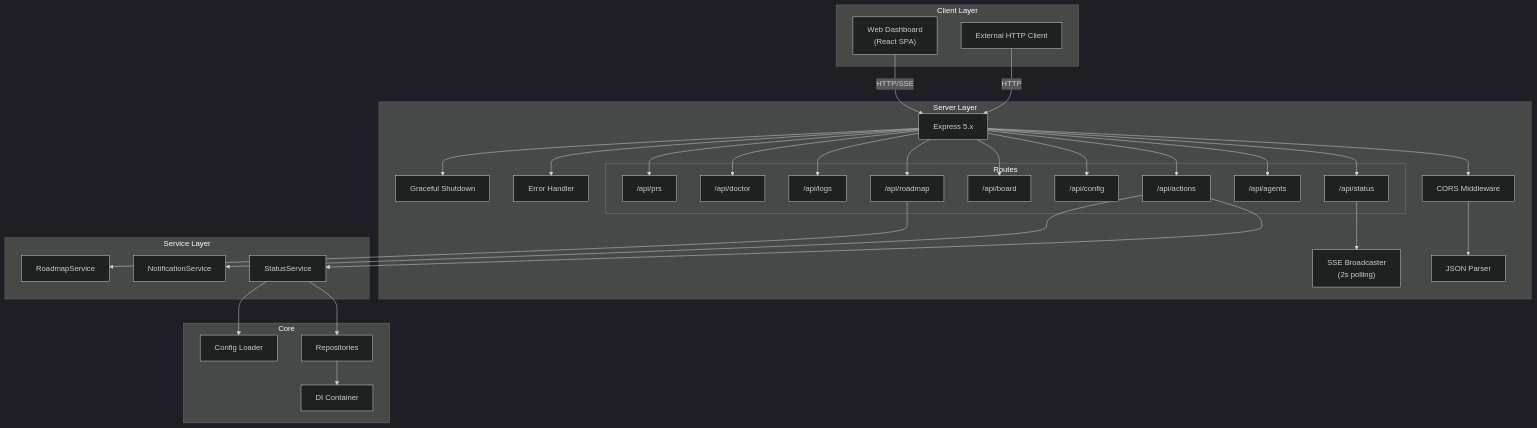
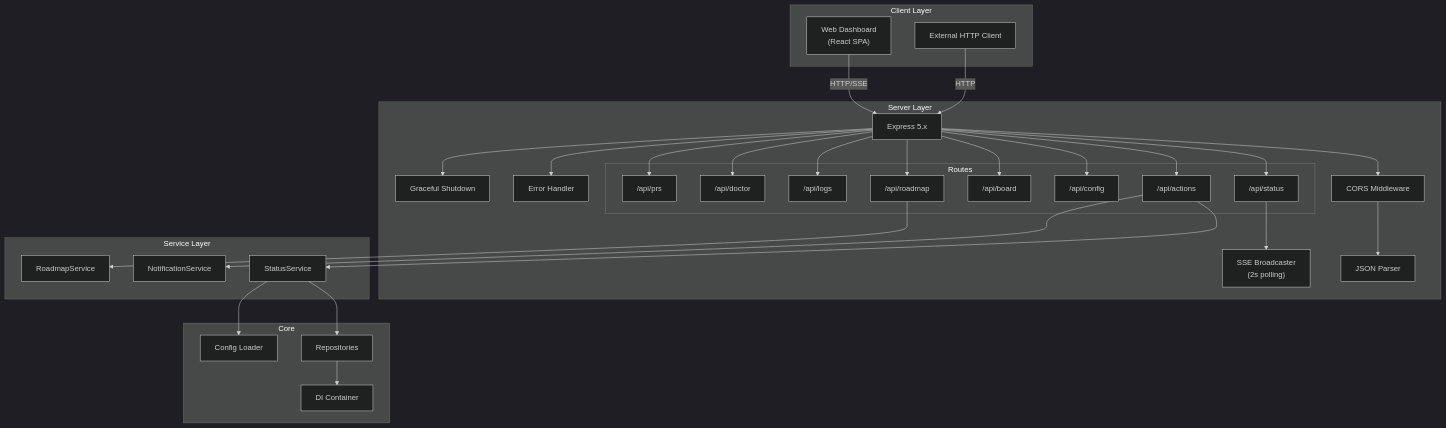
One commit to jonit-dev/night-watch-cli changed the first of 3 diagrams in docs/server-api.md. Above: the diagram before and after it, drawn with Mermaid (dark theme). The commit also changed other lines of this file and 10 other files, not shown here.

````diff
--- a/docs/server-api.md
+++ b/docs/server-api.md
@@ -11,55 +11,54 @@
 ```mermaid
 graph TB
     subgraph "Client Layer"
         WebUI["Web Dashboard<br/>(React SPA)"]
         ExtClient["External HTTP Client"]
     end
 
     subgraph "Server Layer"
         Express["Express 5.x"]
         CORS["CORS Middleware"]
         JSON["JSON Parser"]
         ErrH["Error Handler"]
         GS["Graceful Shutdown"]
 
         subgraph "Routes"
             Status["/api/status"]
-            Agents["/api/agents"]
             Actions["/api/actions"]
             Config["/api/config"]
             Board["/api/board"]
             Roadmap["/api/roadmap"]
             Logs["/api/logs"]
             Doctor["/api/doctor"]
             PRs["/api/prs"]
         end
 
         SSE["SSE Broadcaster<br/>(2s polling)"]
     end
 
     subgraph "Service Layer"
         StatusSvc["StatusService"]
         NotifSvc["NotificationService"]
         RoadmapSvc["RoadmapService"]
     end
 
     subgraph "Core"
         DI["DI Container"]
         Repos["Repositories"]
         ConfigLoader["Config Loader"]
     end
 
     WebUI -->|HTTP/SSE| Express
     ExtClient -->|HTTP| Express
     Express --> CORS --> JSON
-    Express --> Status & Agents & Actions & Config & Board & Roadmap & Logs & Doctor & PRs
+    Express --> Status & Actions & Config & Board & Roadmap & Logs & Doctor & PRs
     Express --> ErrH
     Express --> GS
     Status --> SSE
     Actions --> StatusSvc
     Actions --> NotifSvc
     Roadmap --> RoadmapSvc
     StatusSvc --> Repos
     StatusSvc --> ConfigLoader
     Repos --> DI
 ```
````
